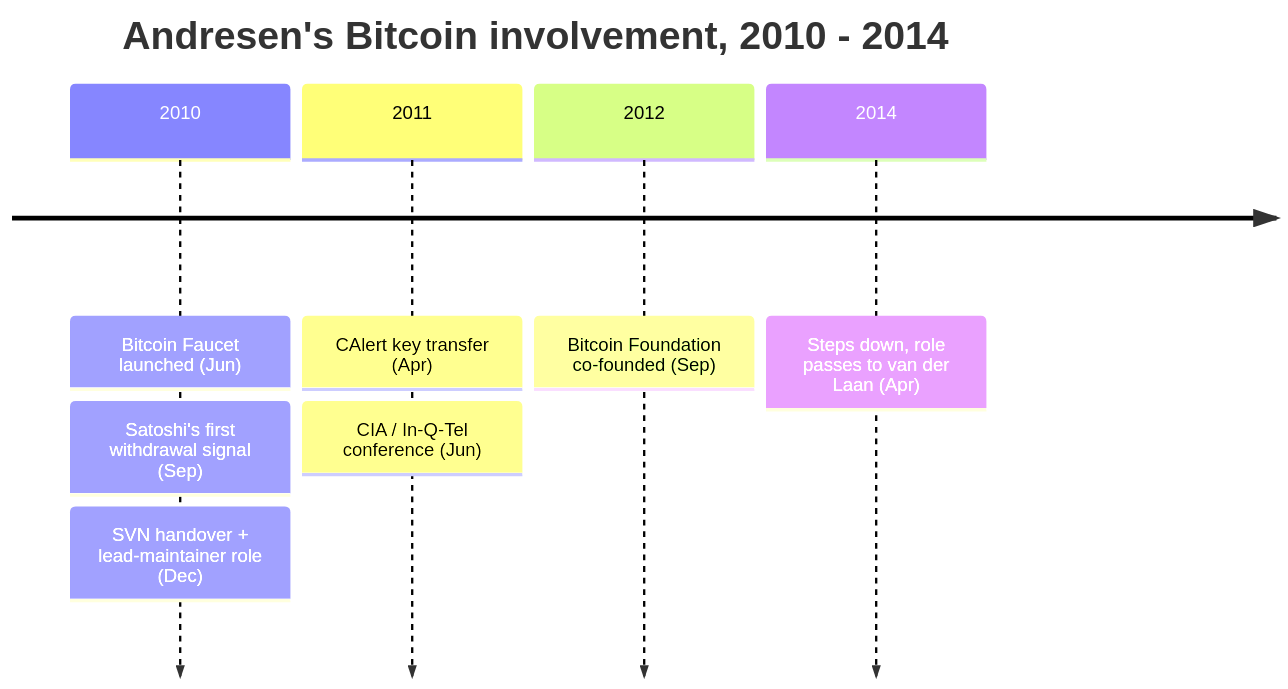
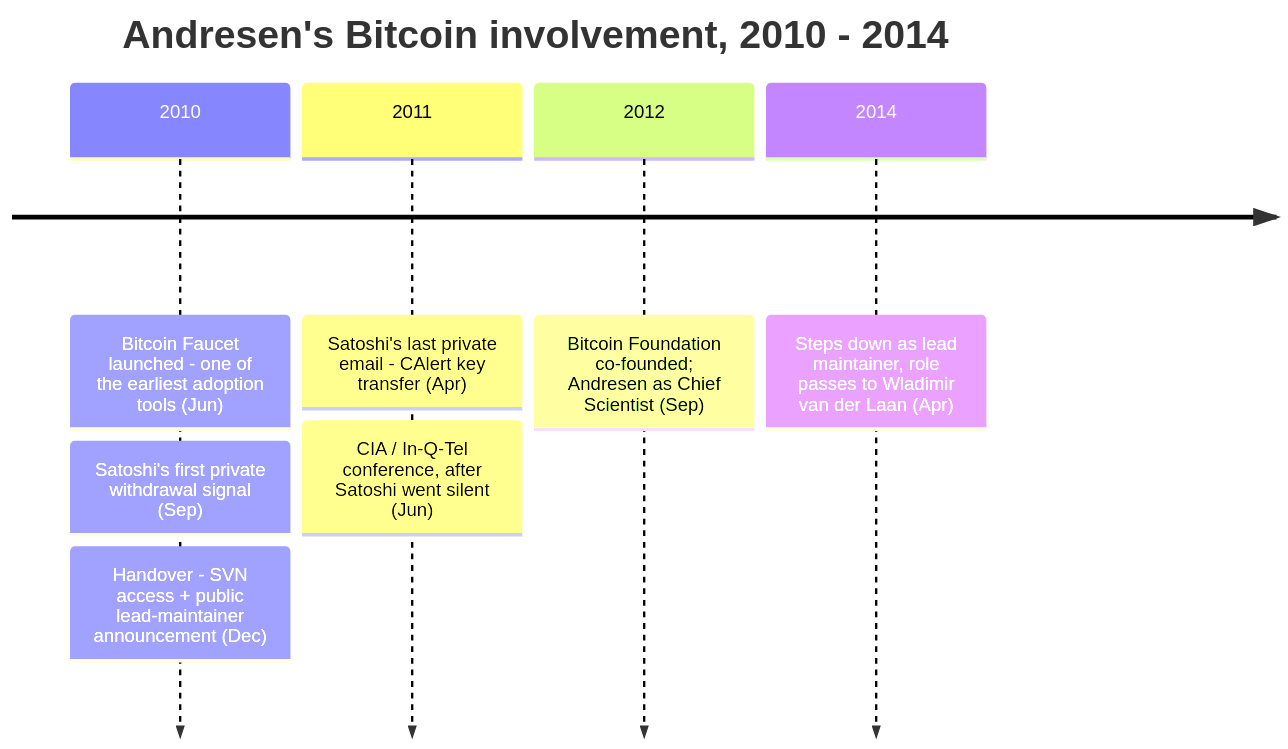
The diagram in src/data/entries/en/aftermath/2010-06-11-gavin-andresen-biography.md (cypher256/BitcoinArchive), drawn with Mermaid before and after one commit. The commit also changed 29 other files, not shown here.

````diff
--- a/src/data/entries/en/aftermath/2010-06-11-gavin-andresen-biography.md
+++ b/src/data/entries/en/aftermath/2010-06-11-gavin-andresen-biography.md
@@ -57,11 +57,11 @@
 ```mermaid
 timeline
     title Andresen's Bitcoin involvement, 2010 - 2014
-    2010 : Bitcoin Faucet launched (Jun)
-         : Satoshi's first withdrawal signal (Sep)
-         : SVN handover + lead-maintainer role (Dec)
-    2011 : CAlert key transfer (Apr)
-         : CIA / In-Q-Tel conference (Jun)
-    2012 : Bitcoin Foundation co-founded (Sep)
-    2014 : Steps down, role passes to van der Laan (Apr)
+    2010 : Bitcoin Faucet launched - one of the earliest adoption tools (Jun)
+         : Satoshi's first private withdrawal signal (Sep)
+         : Handover - SVN access + public lead-maintainer announcement (Dec)
+    2011 : Satoshi's last private email - CAlert key transfer (Apr)
+         : CIA / In-Q-Tel conference, after Satoshi went silent (Jun)
+    2012 : Bitcoin Foundation co-founded; Andresen as Chief Scientist (Sep)
+    2014 : Steps down as lead maintainer, role passes to Wladimir van der Laan (Apr)
 ```
````
